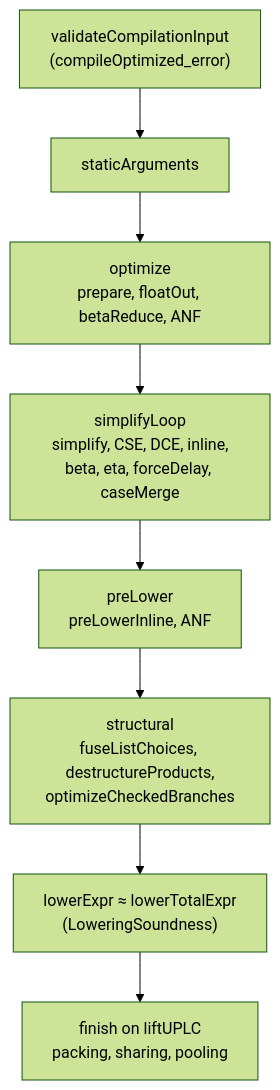
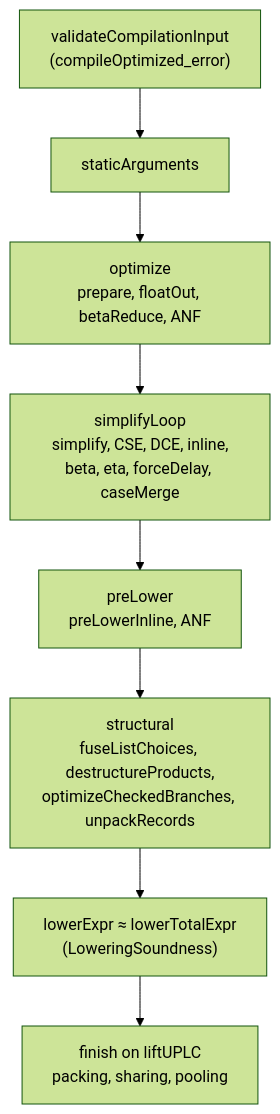
The diagram in docs/MIR-Pipeline-Soundness.md (SeungheonOh/Moist), drawn with Mermaid (forest theme) before and after one commit. The commit also changed other lines of this file and 14 other files, not shown here.

````diff
--- a/docs/MIR-Pipeline-Soundness.md
+++ b/docs/MIR-Pipeline-Soundness.md
@@ -45,10 +45,10 @@
 ```mermaid
 graph TD
   V["validateCompilationInput<br>(compileOptimized_error)"] --> S["staticArguments"]
   S --> O["optimize<br>prepare, floatOut, betaReduce, ANF"]
   O --> L["simplifyLoop<br>simplify, CSE, DCE, inline,<br>beta, eta, forceDelay, caseMerge"]
   L --> P["preLower<br>preLowerInline, ANF"]
-  P --> T["structural<br>fuseListChoices, destructureProducts,<br>optimizeCheckedBranches"]
+  P --> T["structural<br>fuseListChoices, destructureProducts,<br>optimizeCheckedBranches, unpackRecords"]
   T --> W["lowerExpr ≈ lowerTotalExpr<br>(LoweringSoundness)"]
   W --> F["finish on liftUPLC<br>packing, sharing, pooling"]
 ```
````
